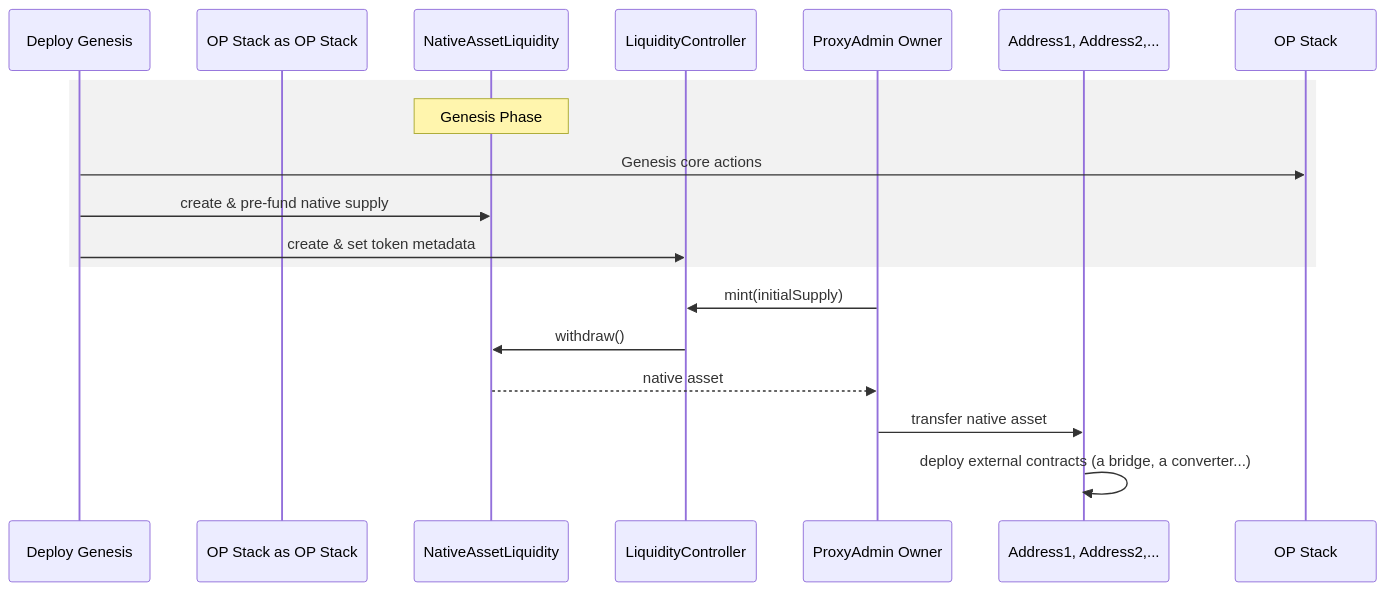
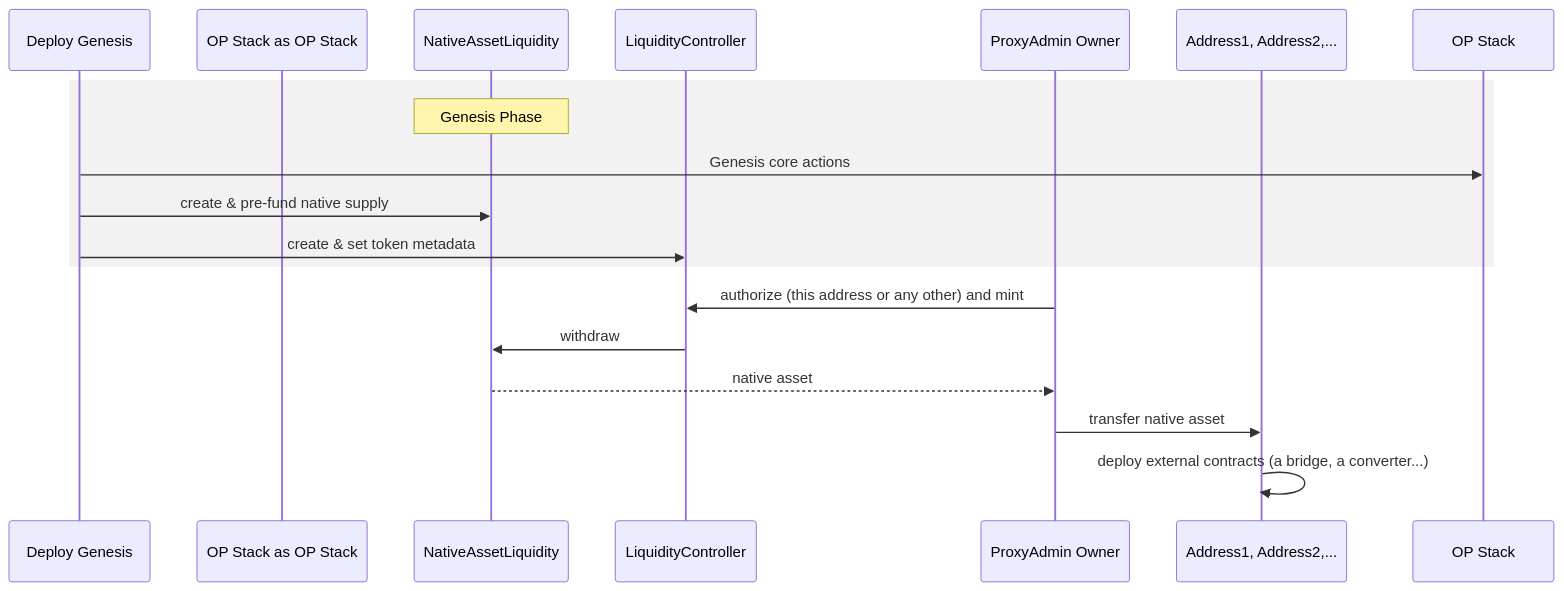
Before and after one commit to ethereum-optimism/design-docs: the second of 7 diagrams in protocol/custom-gas-token.md, drawn with Mermaid. The commit also changed other lines of this file, not shown here.

Commit message:
docs: improve deployment diagram

````diff
--- a/protocol/custom-gas-token.md
+++ b/protocol/custom-gas-token.md
@@ -200,22 +200,22 @@
 ```mermaid
 sequenceDiagram
     participant Genesis   as Deploy Genesis
     participant OP Stack  as OP Stack
     participant Liquidity as NativeAssetLiquidity
     participant Controller as LiquidityController
     participant Governor  as ProxyAdmin Owner
     participant Deployer  as Address1, Address2,...
 
     rect rgba(128, 128, 128, 0.1)
 		note over Liquidity: Genesis Phase
     Genesis->>OP Stack: Genesis core actions
     Genesis->>Liquidity: create & pre-fund native supply
     Genesis->>Controller: create & set token metadata
     end
-    Governor->>Controller: mint(initialSupply)
-    Controller->>Liquidity: withdraw()
+    Governor->>Controller: authorize (this address or any other) and mint
+    Controller->>Liquidity: withdraw
     Liquidity-->>Governor: native asset
     Governor->>Deployer: transfer native asset
     Deployer->>Deployer: deploy external contracts (a bridge, a converter...)
 
 ```
````
